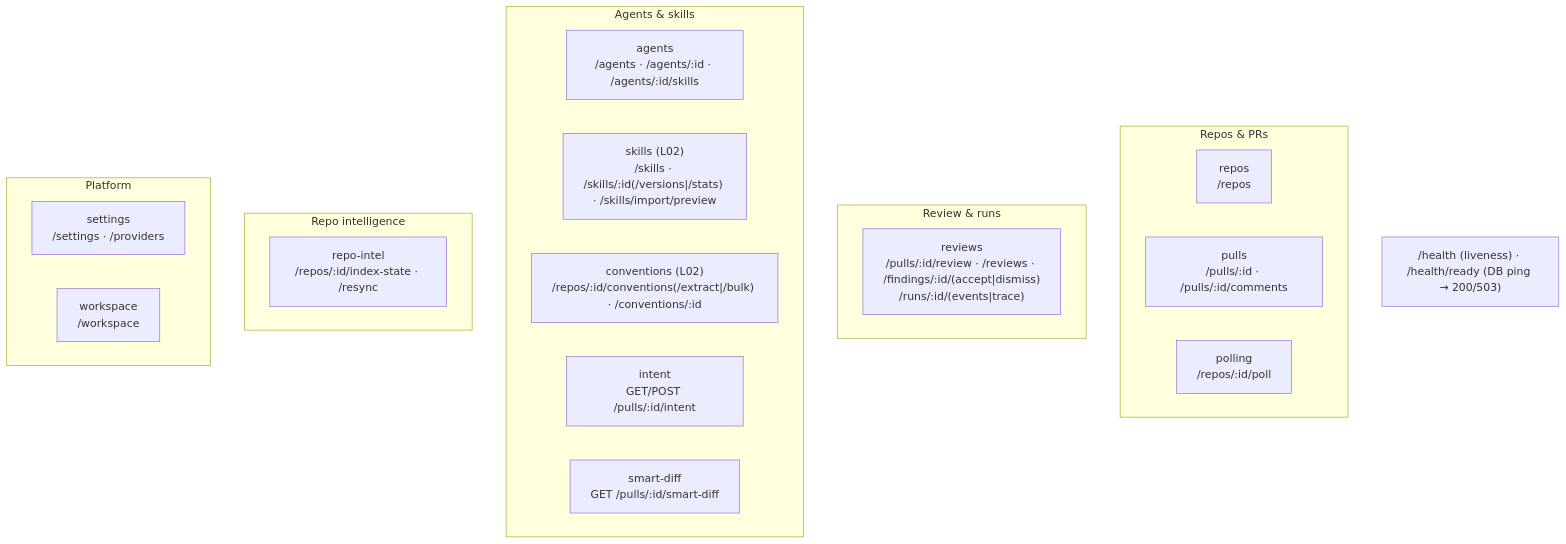
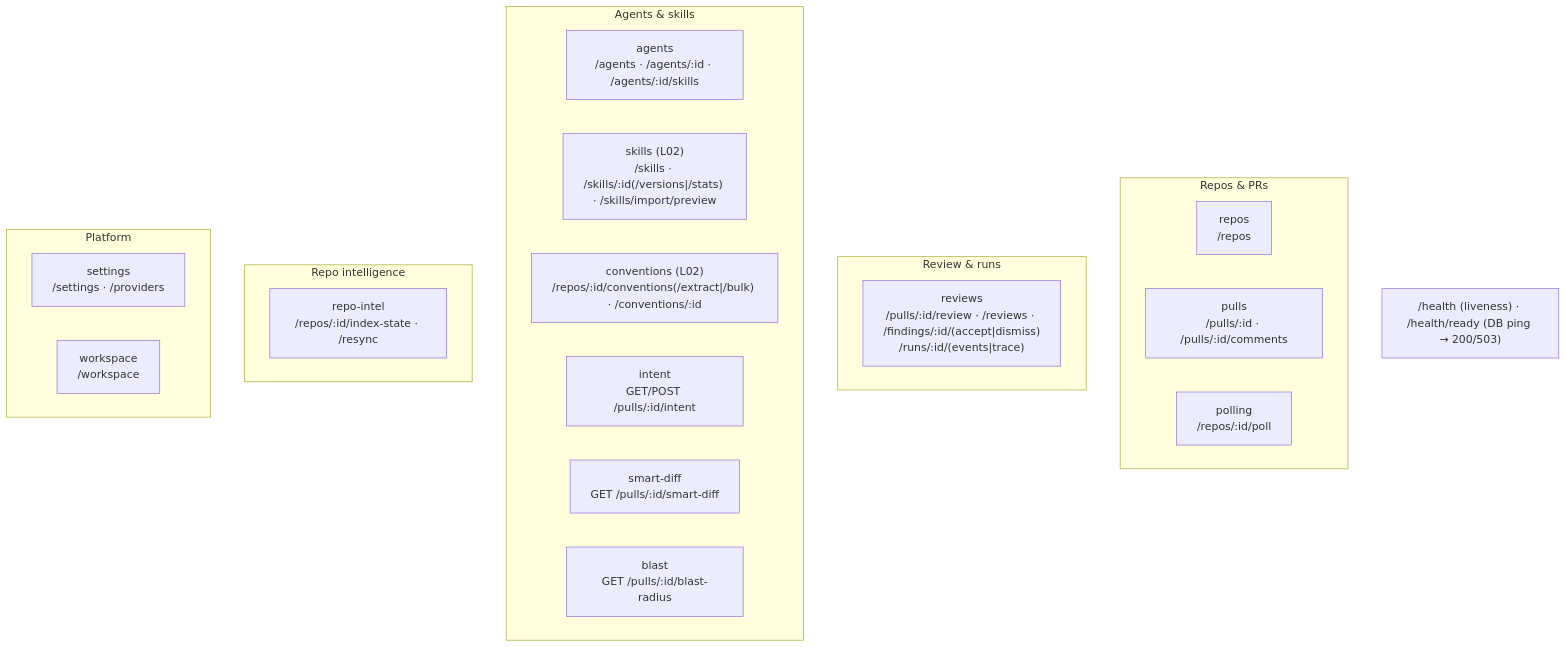
One commit to aptrnk1/dev-digest changed the second of 2 diagrams in server/README.md. Above: the diagram before and after it, drawn with Mermaid. The commit also changed 15 other files, not shown here.

Commit message:
Blast Radius T2: blast module + route

````diff
--- a/server/README.md
+++ b/server/README.md
@@ -64,26 +64,27 @@
 ```mermaid
 flowchart TB
   subgraph Repos_PRs["Repos & PRs"]
     repos["repos<br/>/repos"]
     pulls["pulls<br/>/pulls/:id · /pulls/:id/comments"]
     polling["polling<br/>/repos/:id/poll"]
   end
   subgraph Review["Review & runs"]
     reviews["reviews<br/>/pulls/:id/review · /reviews · /findings/:id/(accept|dismiss)<br/>/runs/:id/(events|trace)"]
   end
   subgraph Agents["Agents & skills"]
     agents["agents<br/>/agents · /agents/:id · /agents/:id/skills"]
     skills["skills (L02)<br/>/skills · /skills/:id(/versions|/stats) · /skills/import/preview"]
     conventions["conventions (L02)<br/>/repos/:id/conventions(/extract|/bulk) · /conventions/:id"]
     intent["intent<br/>GET/POST /pulls/:id/intent"]
     smartDiff["smart-diff<br/>GET /pulls/:id/smart-diff"]
+    blast["blast<br/>GET /pulls/:id/blast-radius"]
   end
   subgraph Intel["Repo intelligence"]
     repoIntel["repo-intel<br/>/repos/:id/index-state · /resync"]
   end
   subgraph Platform["Platform"]
     settings["settings<br/>/settings · /providers"]
     workspace["workspace<br/>/workspace"]
   end
   HEALTH["/health (liveness) · /health/ready (DB ping → 200/503)"]
 ```
````
